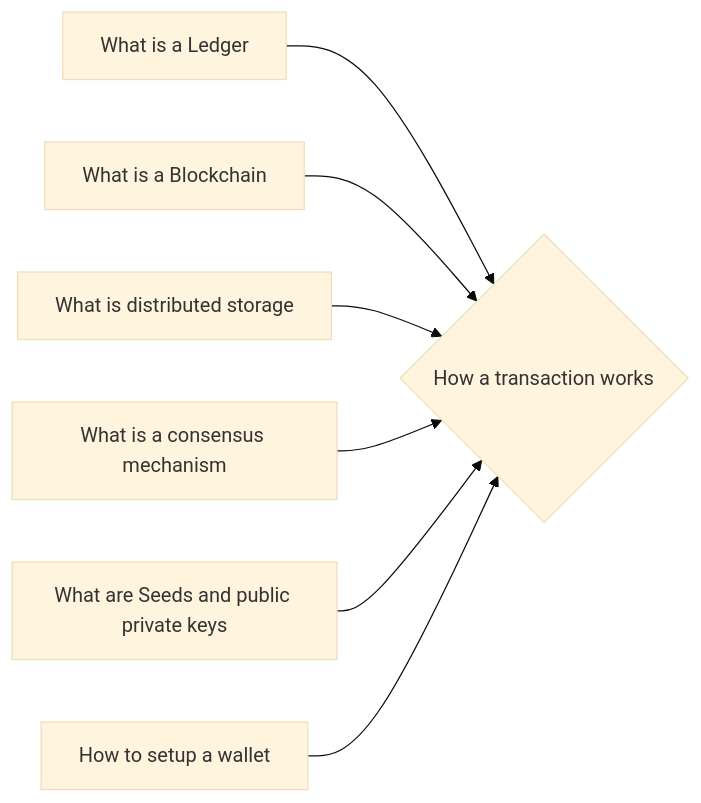
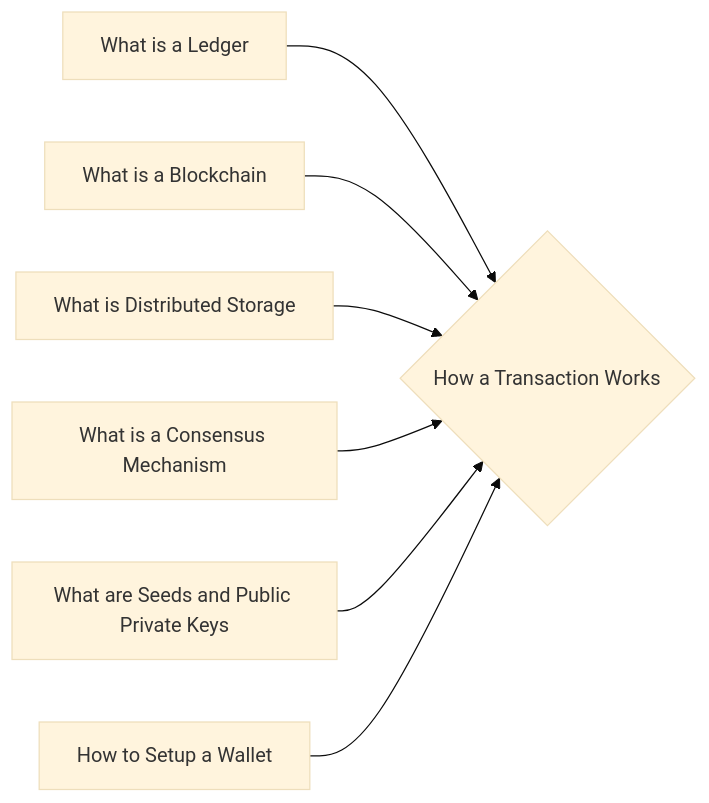
One commit to lpurdy01/crypto-knowledge-map changed the diagram in notes/How_a_Transaction_Works.md. Above: the diagram before and after it, drawn with Mermaid (base theme). The commit also changed 50 other files, not shown here.

````diff
--- a/notes/How_a_Transaction_Works.md
+++ b/notes/How_a_Transaction_Works.md
@@ -21,9 +21,9 @@
 ```mermaid
 graph LR
-1["What is a Ledger"]-->0{"How a transaction works"}
-2["What is a Blockchain"]-->0{"How a transaction works"}
-3["What is distributed storage"]-->0{"How a transaction works"}
-4["What is a consensus mechanism"]-->0{"How a transaction works"}
-5["What are Seeds and public private keys"]-->0{"How a transaction works"}
-6["How to setup a wallet"]-->0{"How a transaction works"}
+1["What is a Ledger"]-->0{"How a Transaction Works"}
+2["What is a Blockchain"]-->0{"How a Transaction Works"}
+3["What is Distributed Storage"]-->0{"How a Transaction Works"}
+4["What is a Consensus Mechanism"]-->0{"How a Transaction Works"}
+5["What are Seeds and Public Private Keys"]-->0{"How a Transaction Works"}
+6["How to Setup a Wallet"]-->0{"How a Transaction Works"}
 ```
````
